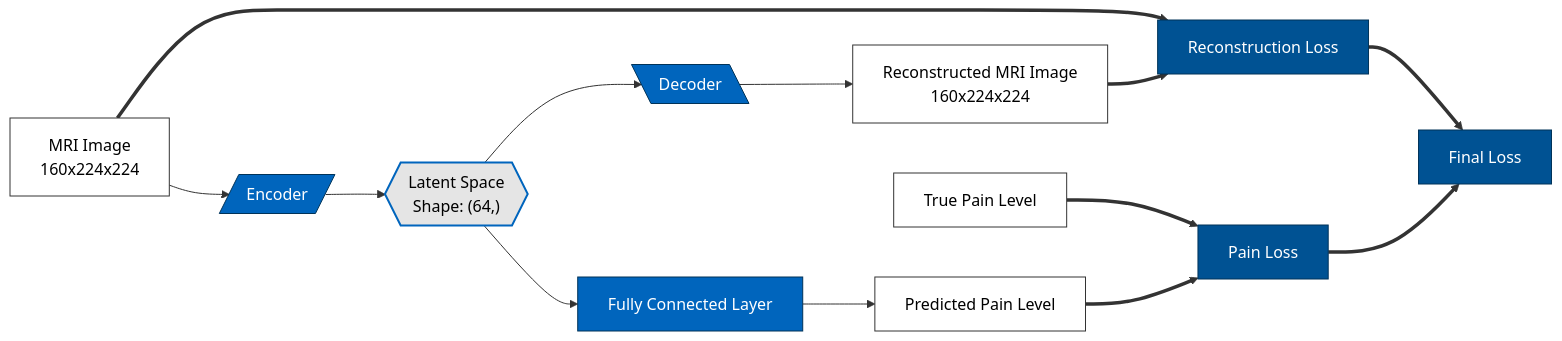
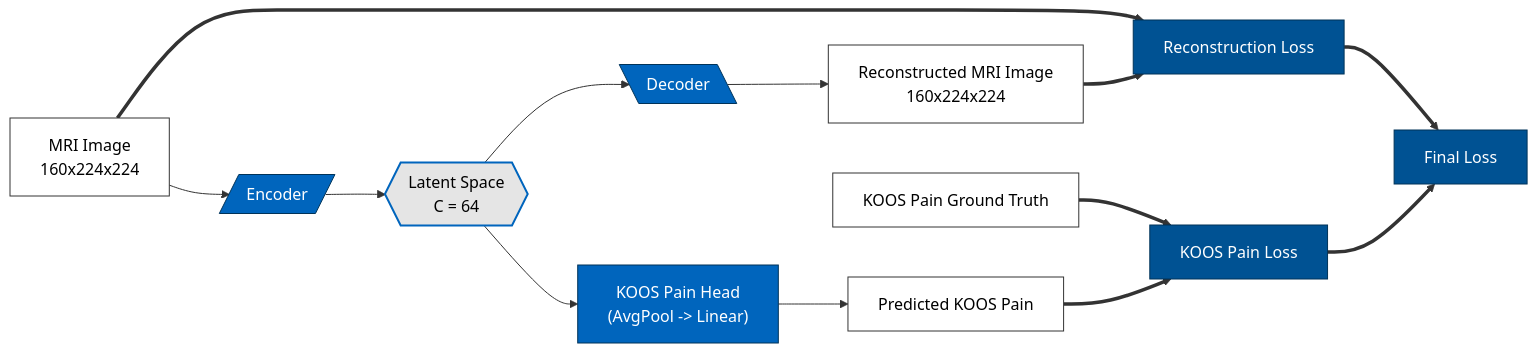
Before and after one commit to ulascanzorer/adlm-knee-osteoarthritis: the diagram in architecture_mermaid_files/autoencoder_pain/autoencoder_pain.md, drawn with Mermaid. The commit also changed 1 other file, not shown here.

Commit message:
chore: Updated architectural files.

````diff
--- a/architecture_mermaid_files/autoencoder_pain/autoencoder_pain.md
+++ b/architecture_mermaid_files/autoencoder_pain/autoencoder_pain.md
@@ -1,72 +1,72 @@
 ```mermaid
 
 graph LR
     %% Styling for different components
     classDef encoder fill:#0065BD,stroke:#003359,stroke-width:1px,color:#fff
     classDef decoder fill:#0065BD,stroke:#003359,stroke-width:1px,color:#fff
     classDef latent fill:#E5E5E5,stroke:#0065BD,stroke-width:2px,color:#000
     classDef input fill:#FFFFFF,stroke:#333333,stroke-width:1px,color:#000
     classDef pain fill:#FFFFFF,stroke:#333333,stroke-width:1px,color:#000
     classDef truepain fill:#FFFFFF,stroke:#333333,stroke-width:1px,color:#000
     classDef loss fill:#005293,stroke:#003359,stroke-width:1px,color:#fff
     
     %% Input Layer
     Input["MRI Image<br/>160x224x224"]
     
     %% Encoder Layer
     Encoder[/"Encoder"/]
 
     %% Decoder Layer
     Decoder[\"Decoder"\]
 
     %% Output Layer
     Output["Reconstructed MRI Image<br/>160x224x224"]
     
     %% Latent Space (Bottleneck)
-    Latent{{"Latent Space<br/>Shape: (64,)"}}
+    Latent{{"Latent Space<br/> C = 64"}}
 
     %% Fully Connected Layer
-    FC["Fully Connected Layer"]
+    FC["KOOS Pain Head<br/>(AvgPool -> Linear)"]
 
     %% Predicted Pain Layer
-    Pain["Predicted Pain Level"]
+    Pain["Predicted KOOS Pain"]
 
     %% Real Pain Layer
-    TruePain["True Pain Level"]
+    TruePain["KOOS Pain Ground Truth"]
 
     %% Pain Loss
-    PainLoss["Pain Loss"]
+    PainLoss["KOOS Pain Loss"]
 
     %% Reconstruction Loss
     ReconLoss["Reconstruction Loss"]
 
     %% Final Loss
     FinalLoss["Final Loss"]
     
     %% Connections
     Input --> Encoder
     Input ==> ReconLoss
     Encoder --> Latent
     Latent --> FC
     Latent --> Decoder
     Decoder --> Output
     Output ==> ReconLoss
     FC --> Pain
     Pain ==> PainLoss
     TruePain ==> PainLoss
     PainLoss ==> FinalLoss
     ReconLoss ==> FinalLoss
     
     %% Apply styles
     class Input input
     class Encoder encoder
     class Latent latent
     class Decoder decoder
     class Output input
     class PainLoss loss
     class ReconLoss loss
     class FinalLoss loss
     class Pain pain
     class TruePain truepain
     class FC encoder
 ```
````
